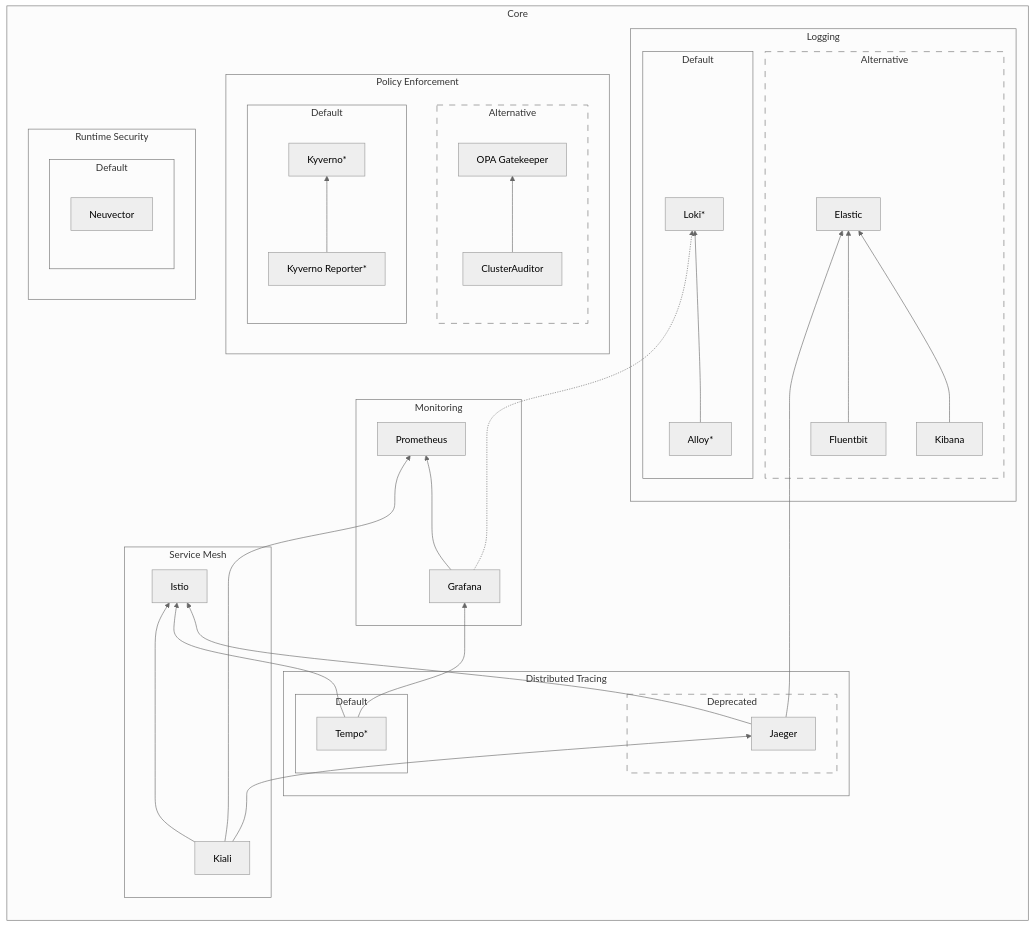
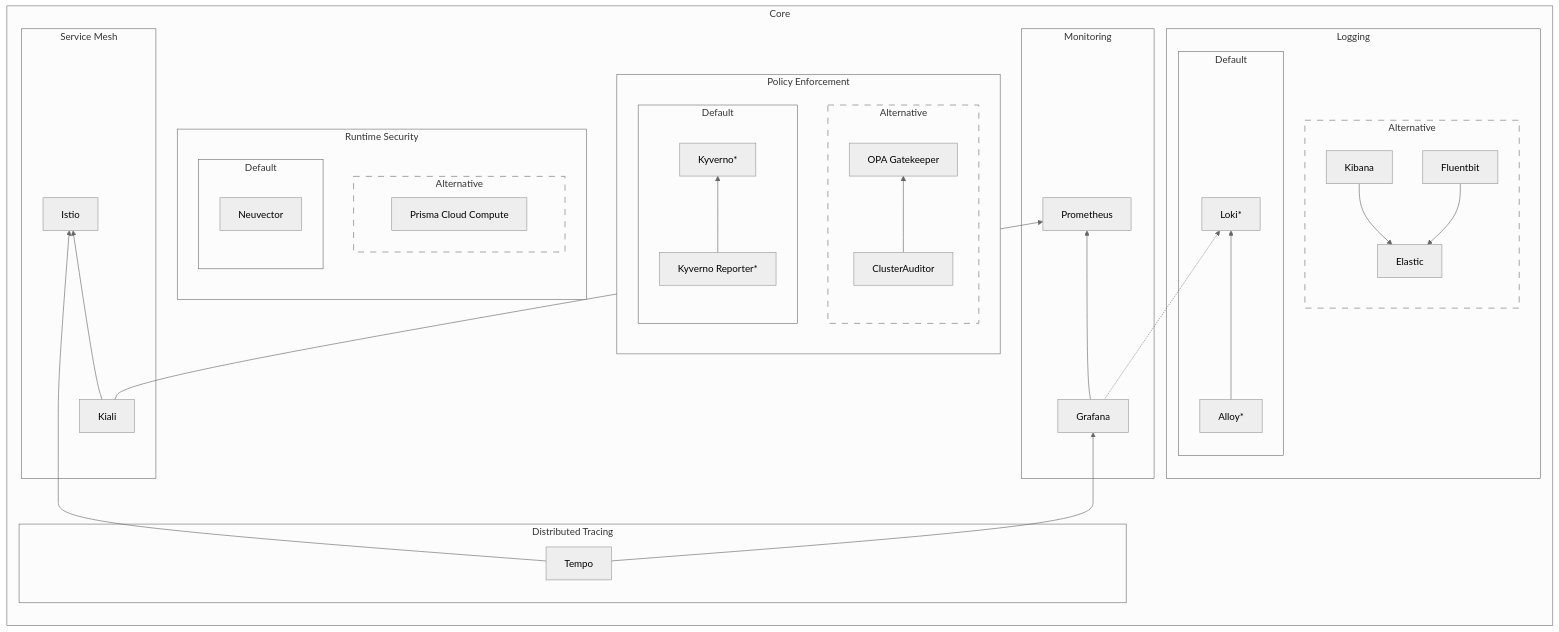
One commit to shebashio/bigbang changed the first of 2 diagrams in docs/understanding-bigbang/package-architecture/README.md. Above: the diagram before and after it, drawn with Mermaid (neutral theme). The commit also changed other lines of this file, not shown here.

Commit message:
update istio and diagram

````diff
--- a/docs/understanding-bigbang/package-architecture/README.md
+++ b/docs/understanding-bigbang/package-architecture/README.md
@@ -15,55 +15,52 @@
 ```mermaid
 flowchart LR
   subgraph Core
     direction BT
 
     subgraph L[Logging]
       subgraph PLG[Default]
         Alloy[Alloy*] --> Loki[Loki*]
       end
       subgraph EFK[Alternative]
         style EFK stroke-dasharray: 10 10
         Kibana & Fluentbit --> Elastic
       end
     end
 
     subgraph M[Monitoring]
       Grafana --> Prometheus
       Grafana -.-> Loki
     end
 
     subgraph PE[Policy Enforcement]
       subgraph CA[Alternative]
       style CA stroke-dasharray: 10 10
       direction BT
         ClusterAuditor --> OPA[OPA Gatekeeper]
       end
       subgraph KyvernoStack[Default]
       direction BT
         KyvernoReporter[Kyverno Reporter*] --> Kyverno[Kyverno*]
       end
     end
 
     subgraph RS[Runtime Security]
+      subgraph CC[Alternative]
+        style CC stroke-dasharray: 10 10
+        Twistlock[Prisma Cloud Compute]
+      end
       subgraph TL[Default]
         Neuvector[Neuvector]
       end
     end
 
     subgraph DT[Distributed Tracing]
-      subgraph J[Deprecated]
-        Jaeger ----> Elastic
-      end
-      subgraph T[Default]
-      style J stroke-dasharray: 10 10
-        Tempo[Tempo*] --> Grafana
-      end
+      Tempo[Tempo] --> Grafana
     end
 
     subgraph SM[Service Mesh]
-      Jaeger --> Istio
       Tempo --> Istio
-      Kiali --> Jaeger & Istio & Prometheus
+      Kiali --> Istio & Prometheus
     end
   end
 ```
````
